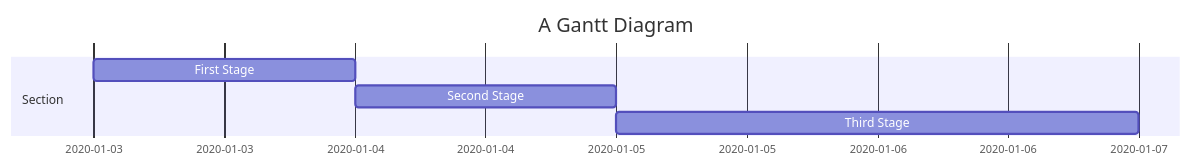
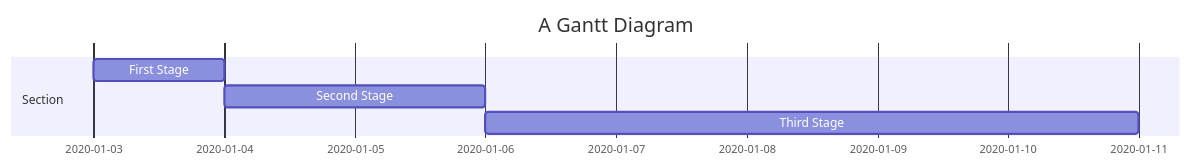
Before and after one commit to porschelo/SqliteAddressBook: the diagram in README.md, drawn with Mermaid. The commit also changed other lines of this file and 2 other files, not shown here.

````diff
--- a/README.md
+++ b/README.md
@@ -57,9 +66,9 @@
 ```mermaid
 gantt
     title A Gantt Diagram
 
     section Section
     First Stage      :a1, 2020-01-03, 1d
-    Second Stage     :a2, after a1  , 1d
-    Third Stage      :after a2  , 2d
+    Second Stage     :a2, after a1  , 2d
+    Third Stage      :after a2  , 5d
 ```
````
